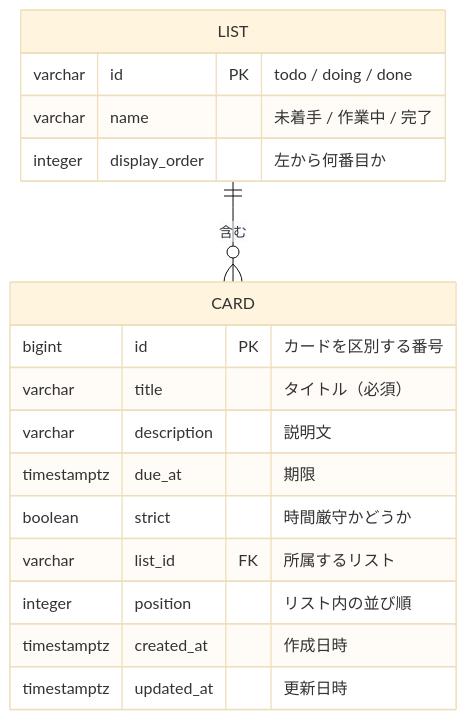
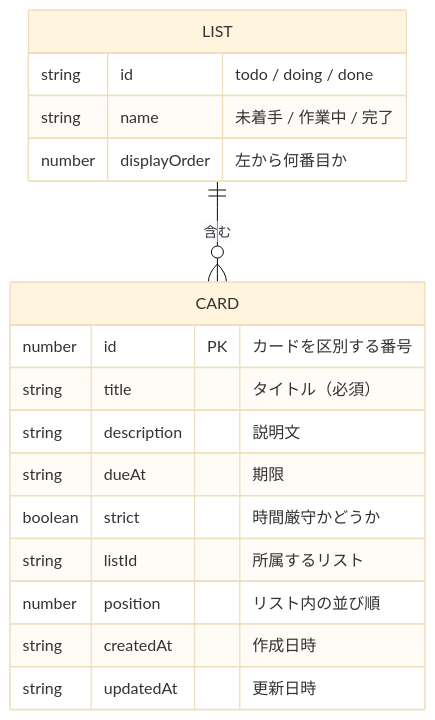
Before and after one commit to mk242329/taskmanagement: the diagram in docs/design/database.md, drawn with Mermaid (base theme). The commit also changed other lines of this file and 52 other files, not shown here.

````diff
--- a/docs/design/database.md
+++ b/docs/design/database.md
@@ -26,20 +27,20 @@
 ```mermaid
 erDiagram
     LIST ||--o{ CARD : "含む"
     LIST {
-        varchar id PK "todo / doing / done"
-        varchar name "未着手 / 作業中 / 完了"
-        integer display_order "左から何番目か"
+        string id "todo / doing / done"
+        string name "未着手 / 作業中 / 完了"
+        number displayOrder "左から何番目か"
     }
     CARD {
-        bigint id PK "カードを区別する番号"
-        varchar title "タイトル（必須）"
-        varchar description "説明文"
-        timestamptz due_at "期限"
+        number id PK "カードを区別する番号"
+        string title "タイトル（必須）"
+        string description "説明文"
+        string dueAt "期限"
         boolean strict "時間厳守かどうか"
-        varchar list_id FK "所属するリスト"
-        integer position "リスト内の並び順"
-        timestamptz created_at "作成日時"
-        timestamptz updated_at "更新日時"
+        string listId "所属するリスト"
+        number position "リスト内の並び順"
+        string createdAt "作成日時"
+        string updatedAt "更新日時"
     }
 ```
````
